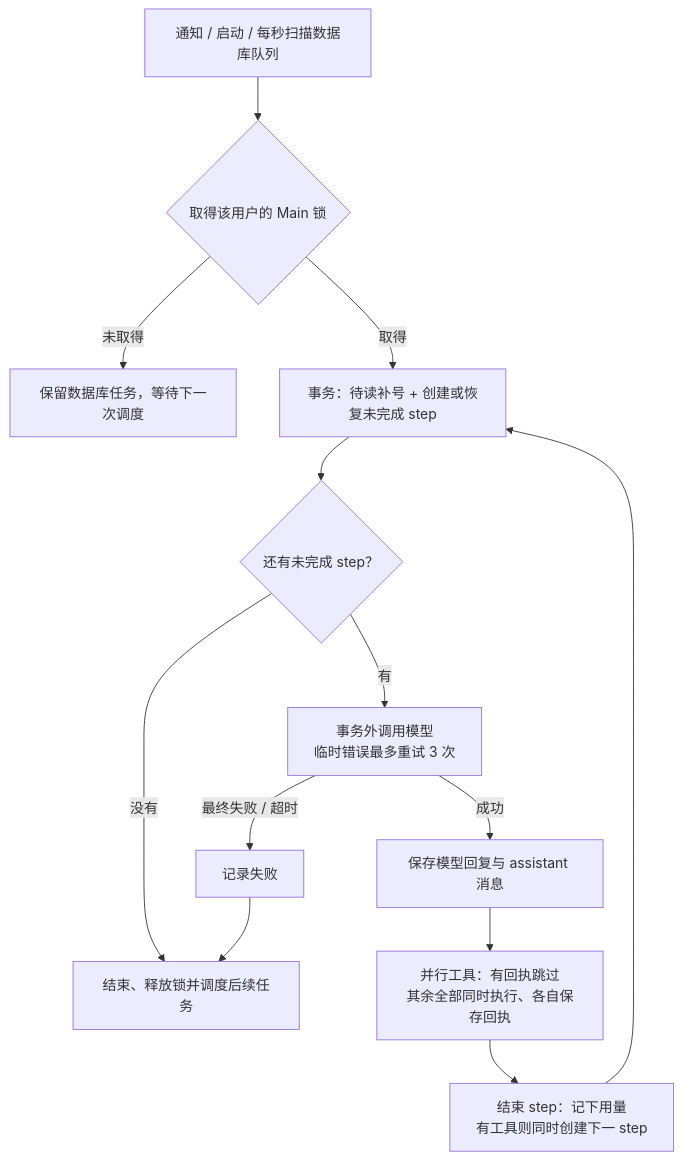
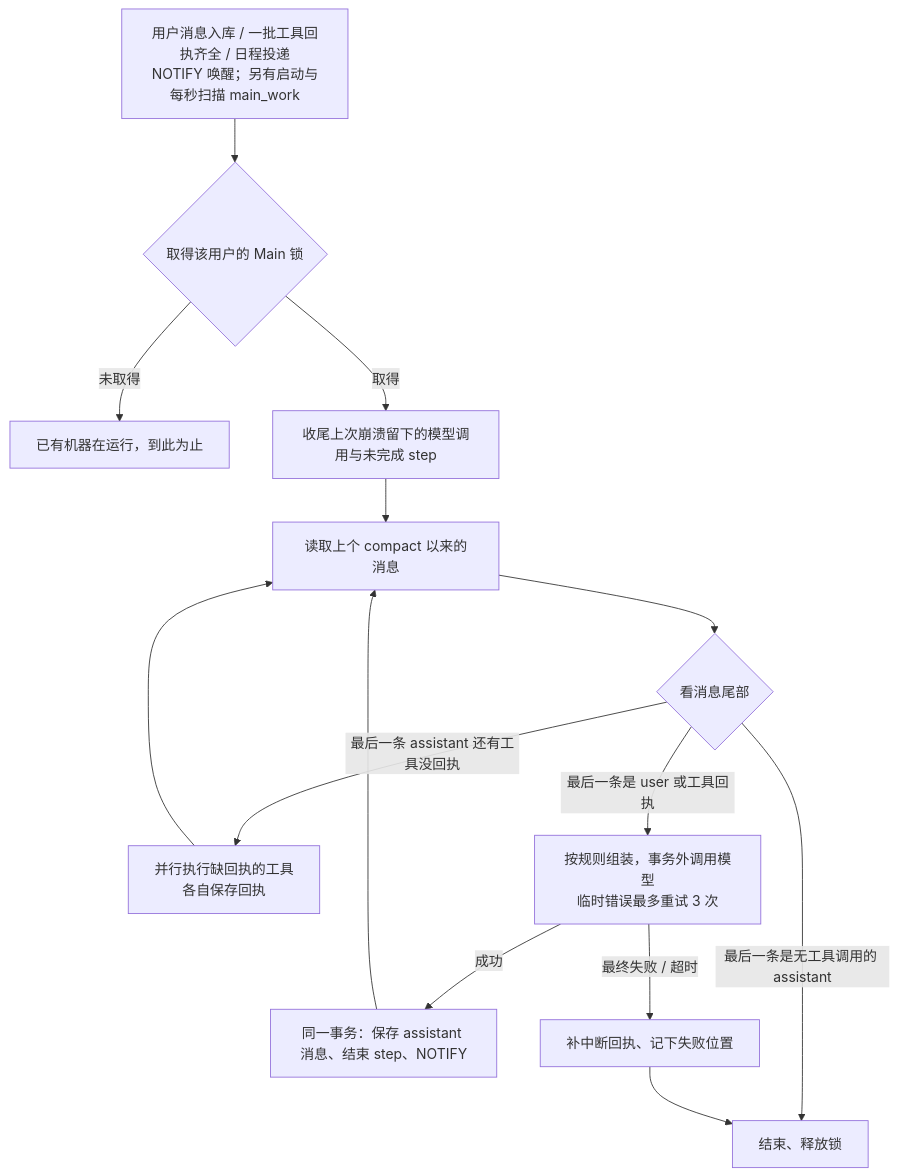
The first of 2 diagrams in docs/wiki/05-main-runtime.md (OmniNetOpensource/aether-personal), drawn with Mermaid before and after one commit. The commit also changed other lines of this file and 7 other files, not shown here.

````diff
--- a/docs/wiki/05-main-runtime.md
+++ b/docs/wiki/05-main-runtime.md
@@ -33,15 +46,16 @@
 ```mermaid
 flowchart TD
-    SCAN["通知 / 启动 / 每秒扫描数据库队列"] --> LOCK{"取得该用户的 Main 锁"}
-    LOCK -->|未取得| WAIT["保留数据库任务，等待下一次调度"]
-    LOCK -->|取得| PREPARE["事务：待读补号 + 创建或恢复未完成 step"]
-    PREPARE --> NEED{"还有未完成 step？"}
-    NEED -->|没有| RELEASE["结束、释放锁并调度后续任务"]
-    NEED -->|有| CALL["事务外调用模型<br/>临时错误最多重试 3 次"]
-    CALL -->|成功| SAVE1["保存模型回复与 assistant 消息"]
-    SAVE1 --> TOOL["并行工具：有回执跳过<br/>其余全部同时执行、各自保存回执"]
-    TOOL --> SAVE["结束 step：记下用量<br/>有工具则同时创建下一 step"]
-    SAVE --> PREPARE
-    CALL -->|最终失败 / 超时| FAIL["记录失败"]
+    WAKE["用户消息入库 / 一批工具回执齐全 / 日程投递<br/>NOTIFY 唤醒；另有启动与每秒扫描 main_work"] --> LOCK{"取得该用户的 Main 锁"}
+    LOCK -->|未取得| WAIT["已有机器在运行，到此为止"]
+    LOCK -->|取得| RECOVER["收尾上次崩溃留下的模型调用与未完成 step"]
+    RECOVER --> LOAD["读取上个 compact 以来的消息"]
+    LOAD --> TAIL{"看消息尾部"}
+    TAIL -->|最后一条 assistant 还有工具没回执| TOOL["并行执行缺回执的工具<br/>各自保存回执"]
+    TOOL --> LOAD
+    TAIL -->|最后一条是 user 或工具回执| CALL["按规则组装，事务外调用模型<br/>临时错误最多重试 3 次"]
+    CALL -->|成功| SAVE["同一事务：保存 assistant 消息、结束 step、NOTIFY"]
+    SAVE --> LOAD
+    TAIL -->|最后一条是无工具调用的 assistant| RELEASE["结束、释放锁"]
+    CALL -->|最终失败 / 超时| FAIL["补中断回执、记下失败位置"]
     FAIL --> RELEASE
 ```
````
